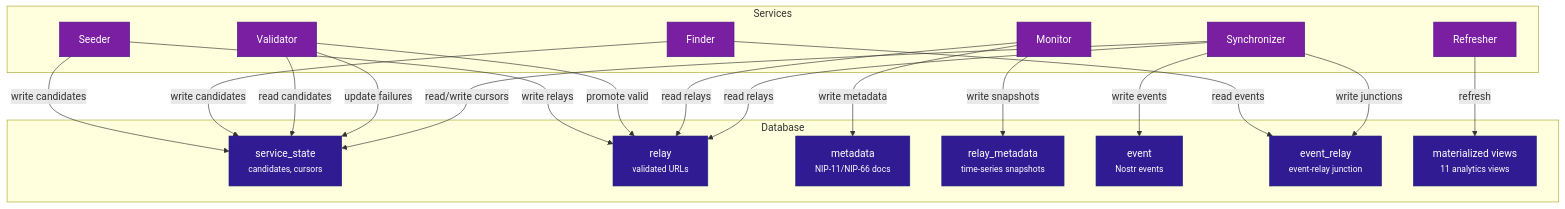
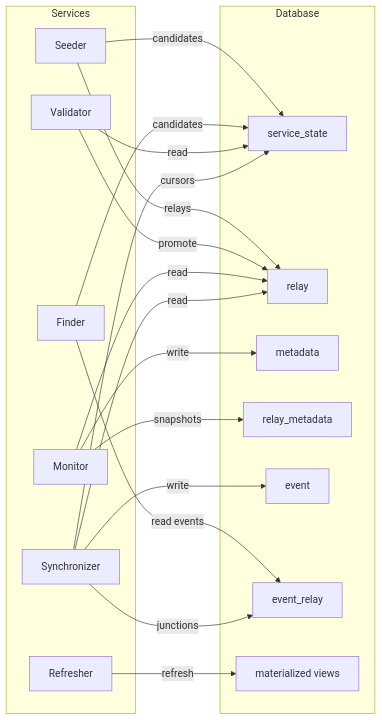
The first of 5 diagrams in docs/user-guide/services.md (BigBrotr/bigbrotr), drawn with Mermaid before and after one commit. The commit also changed other lines of this file and 10 other files, not shown here.

````diff
--- a/docs/user-guide/services.md
+++ b/docs/user-guide/services.md
@@ -23,51 +23,36 @@
 ```mermaid
-flowchart TD
+flowchart LR
     subgraph Services
         SE["Seeder"]
         FI["Finder"]
         VA["Validator"]
         MO["Monitor"]
         SY["Synchronizer"]
         RE2["Refresher"]
     end
 
     subgraph Database
-        SS["service_state<br/><small>candidates, cursors</small>"]
-        RE["relay<br/><small>validated URLs</small>"]
-        MD["metadata<br/><small>NIP-11/NIP-66 docs</small>"]
-        RM["relay_metadata<br/><small>time-series snapshots</small>"]
-        EV["event<br/><small>Nostr events</small>"]
-        ER["event_relay<br/><small>event-relay junction</small>"]
-        MV["materialized views<br/><small>11 analytics views</small>"]
+        SS["service_state"]
+        RE["relay"]
+        MD["metadata"]
+        RM["relay_metadata"]
+        EV["event"]
+        ER["event_relay"]
+        MV["materialized views"]
     end
 
-    SE -->|"write candidates"| SS
-    SE -->|"write relays"| RE
+    SE -->|"candidates"| SS
+    SE -->|"relays"| RE
     FI -->|"read events"| ER
-    FI -->|"write candidates"| SS
-    VA -->|"read candidates"| SS
-    VA -->|"promote valid"| RE
-    VA -->|"update failures"| SS
-    MO -->|"read relays"| RE
-    MO -->|"write metadata"| MD
-    MO -->|"write snapshots"| RM
-    SY -->|"read relays"| RE
-    SY -->|"read/write cursors"| SS
-    SY -->|"write events"| EV
-    SY -->|"write junctions"| ER
+    FI -->|"candidates"| SS
+    VA -->|"read"| SS
+    VA -->|"promote"| RE
+    MO -->|"read"| RE
+    MO -->|"write"| MD
+    MO -->|"snapshots"| RM
+    SY -->|"read"| RE
+    SY -->|"cursors"| SS
+    SY -->|"write"| EV
+    SY -->|"junctions"| ER
     RE2 -->|"refresh"| MV
-
-    style SE fill:#7B1FA2,color:#fff,stroke:#4A148C
-    style FI fill:#7B1FA2,color:#fff,stroke:#4A148C
-    style VA fill:#7B1FA2,color:#fff,stroke:#4A148C
-    style MO fill:#7B1FA2,color:#fff,stroke:#4A148C
-    style SY fill:#7B1FA2,color:#fff,stroke:#4A148C
-    style RE2 fill:#7B1FA2,color:#fff,stroke:#4A148C
-    style SS fill:#311B92,color:#fff,stroke:#1A237E
-    style RE fill:#311B92,color:#fff,stroke:#1A237E
-    style MD fill:#311B92,color:#fff,stroke:#1A237E
-    style RM fill:#311B92,color:#fff,stroke:#1A237E
-    style EV fill:#311B92,color:#fff,stroke:#1A237E
-    style ER fill:#311B92,color:#fff,stroke:#1A237E
-    style MV fill:#311B92,color:#fff,stroke:#1A237E
 ```
````
